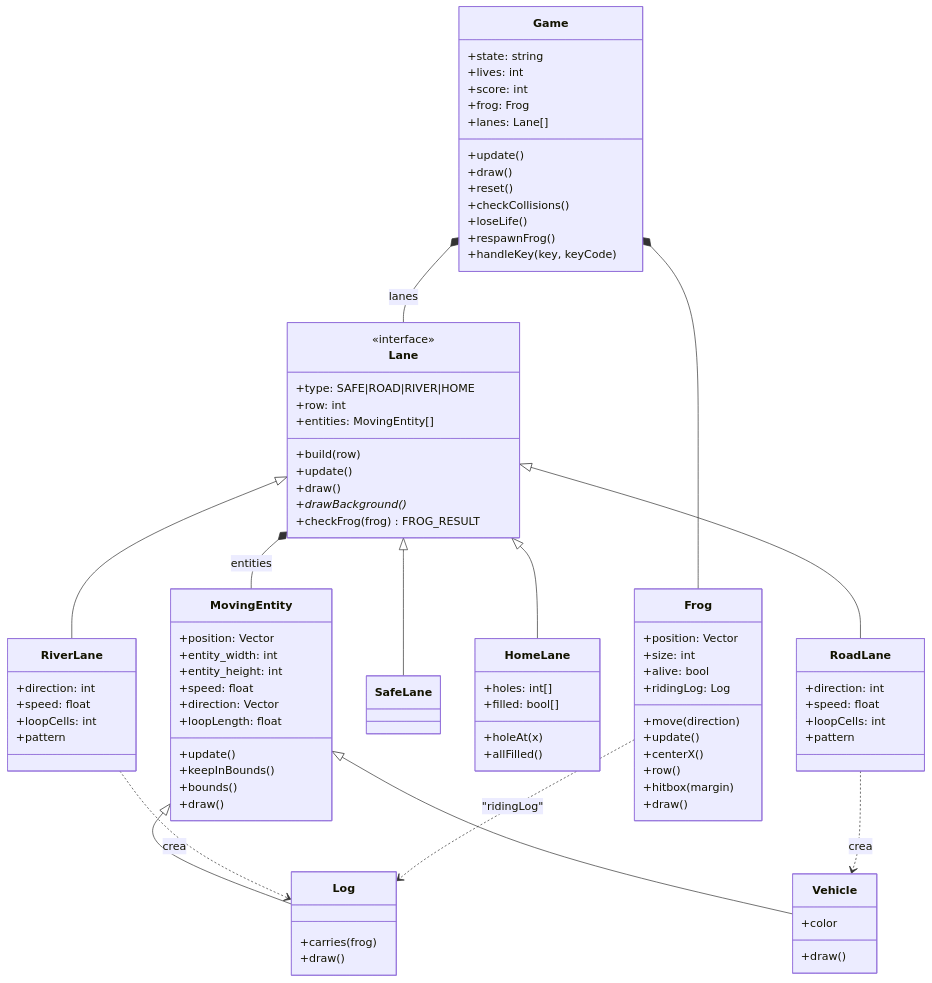
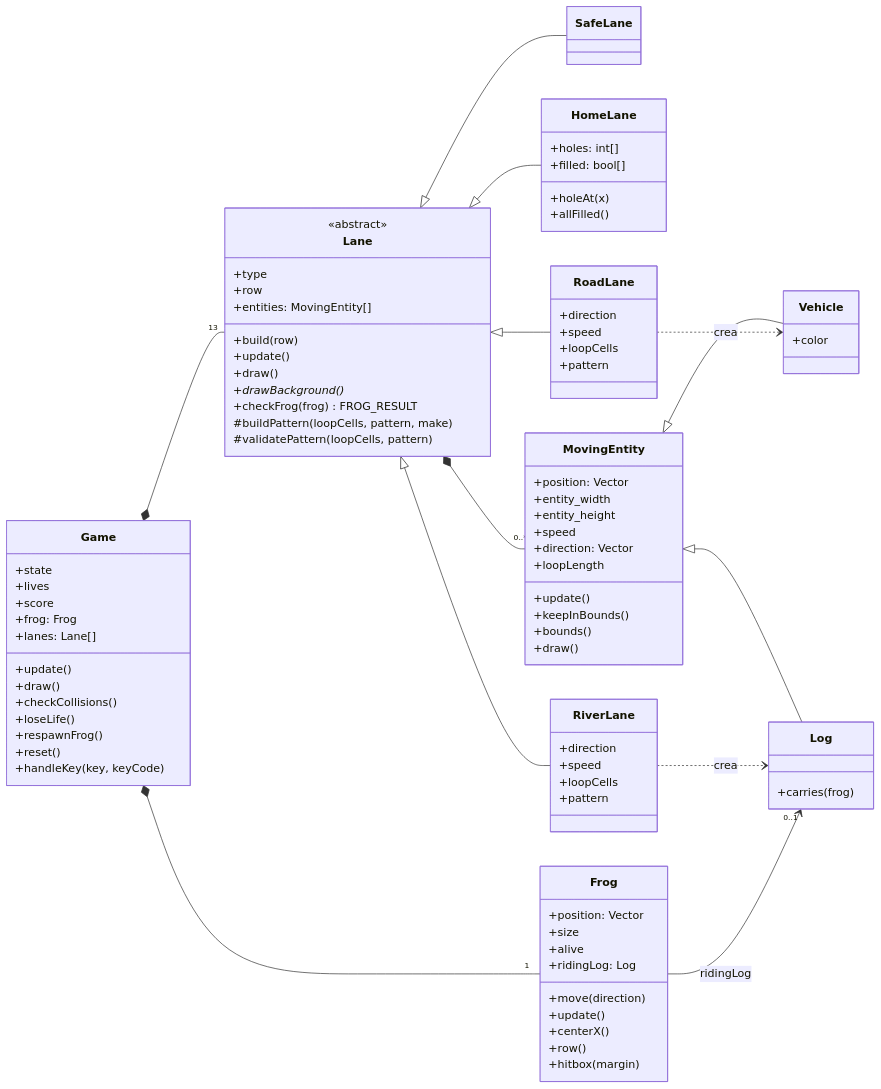
One commit to ShryhakAkizuki/Frogger-Visual_Computing_2026-II changed the first of 3 diagrams in docs/ARQUITECTURA.md. Above: the diagram before and after it, drawn with Mermaid. The commit also changed other lines of this file and 5 other files, not shown here.

Commit message:
Updated architecture and code comments

````diff
--- a/docs/ARQUITECTURA.md
+++ b/docs/ARQUITECTURA.md
@@ -83,61 +127,34 @@
 ```mermaid
 classDiagram
+    direction LR
+
     class Game {
-        +state: string
-        +lives: int
-        +score: int
+        +state
+        +lives
+        +score
         +frog: Frog
         +lanes: Lane[]
         +update()
         +draw()
-        +reset()
         +checkCollisions()
         +loseLife()
         +respawnFrog()
+        +reset()
         +handleKey(key, keyCode)
     }
-    class Frog {
-        +position: Vector
-        +size: int
-        +alive: bool
-        +ridingLog: Log
-        +move(direction)
-        +update()
-        +centerX()
-        +row()
-        +hitbox(margin)
-        +draw()
-    }
-    class MovingEntity {
-        +position: Vector
-        +entity_width: int
-        +entity_height: int
-        +speed: float
-        +direction: Vector
-        +loopLength: float
-        +update()
-        +keepInBounds()
-        +bounds()
-        +draw()
-    }
-    class Vehicle {
-        +color
-        +draw()
-    }
-    class Log {
-        +carries(frog)
-        +draw()
-    }
+
     class Lane {
-        <<interface>>
-        +type: SAFE|ROAD|RIVER|HOME
-        +row: int
+        <<abstract>>
+        +type
+        +row
         +entities: MovingEntity[]
         +build(row)
         +update()
         +draw()
         +drawBackground()*
         +checkFrog(frog) FROG_RESULT
+        #buildPattern(loopCells, pattern, make)
+        #validatePattern(loopCells, pattern)
     }
     class SafeLane
     class HomeLane {
@@ -147,27 +164,59 @@
         +allFilled()
     }
     class RoadLane {
-        +direction: int
-        +speed: float
-        +loopCells: int
+        +direction
+        +speed
+        +loopCells
         +pattern
     }
     class RiverLane {
-        +direction: int
-        +speed: float
-        +loopCells: int
+        +direction
+        +speed
+        +loopCells
         +pattern
     }
-    Game *-- Frog
-    Game *-- Lane : lanes
+
+    class MovingEntity {
+        +position: Vector
+        +entity_width
+        +entity_height
+        +speed
+        +direction: Vector
+        +loopLength
+        +update()
+        +keepInBounds()
+        +bounds()
+        +draw()
+    }
+    class Vehicle {
+        +color
+    }
+    class Log {
+        +carries(frog)
+    }
+
+    class Frog {
+        +position: Vector
+        +size
+        +alive
+        +ridingLog: Log
+        +move(direction)
+        +update()
+        +centerX()
+        +row()
+        +hitbox(margin)
+    }
+
+    Game *-- "13" Lane
+    Game *-- "1" Frog
     Lane <|-- SafeLane
     Lane <|-- HomeLane
     Lane <|-- RoadLane
     Lane <|-- RiverLane
-    Lane *-- MovingEntity : entities
+    Lane *-- "0..*" MovingEntity
     MovingEntity <|-- Vehicle
     MovingEntity <|-- Log
     RoadLane ..> Vehicle : crea
     RiverLane ..> Log : crea
-    Frog ..> Log : "ridingLog"
+    Frog --> "0..1" Log : ridingLog
 ```
````
